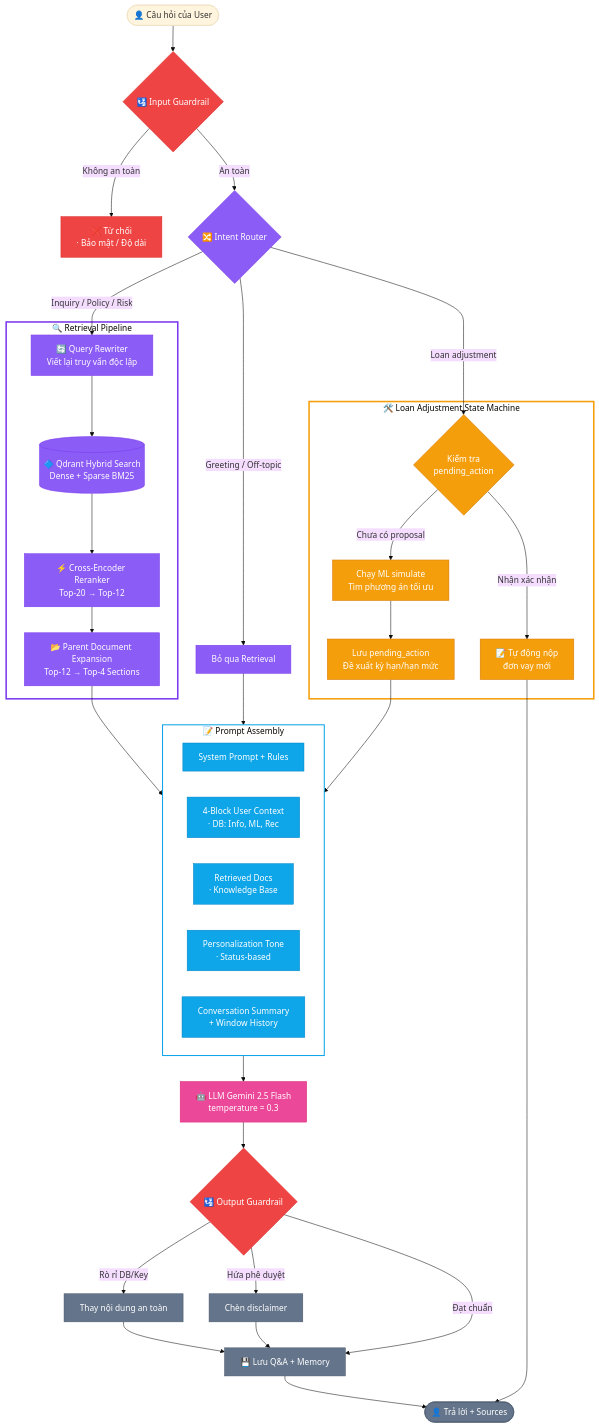
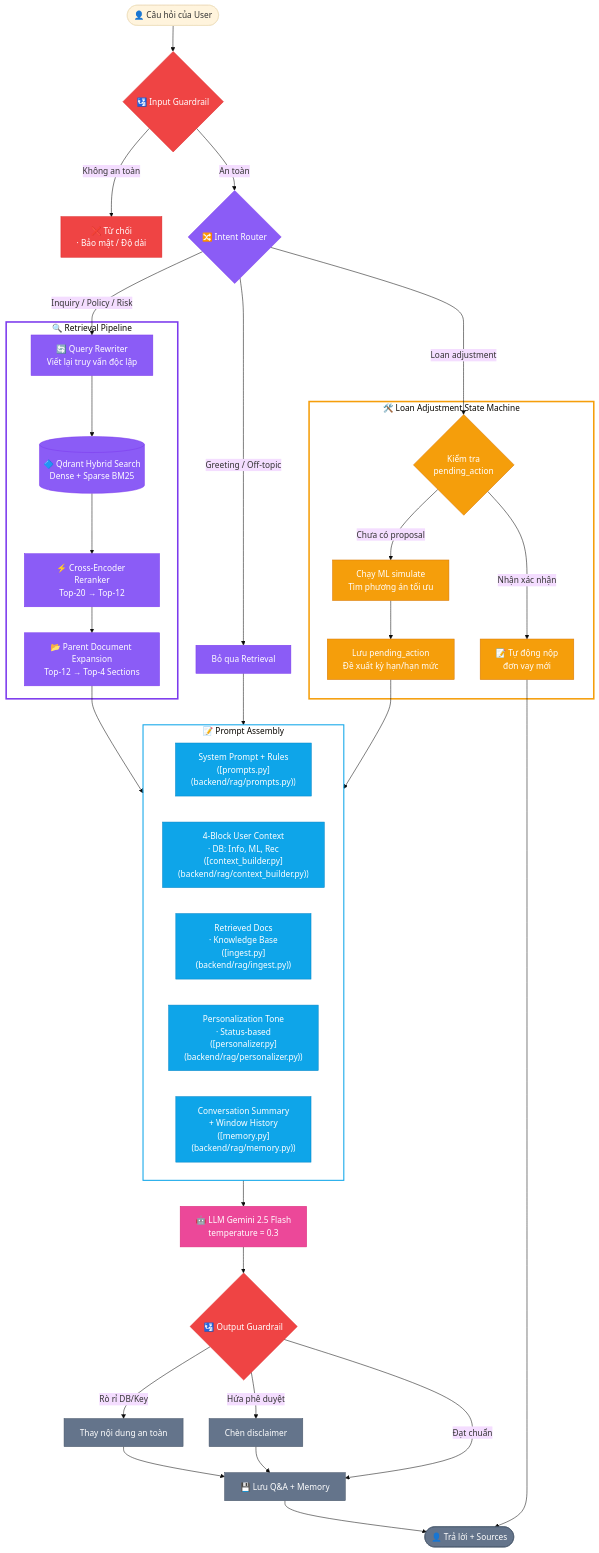
Before and after one commit to VTD0102/Loan_ETL: the second of 3 diagrams in README.md, drawn with Mermaid (base theme). The commit also changed 7 other files, not shown here.

````diff
--- a/README.md
+++ b/README.md
@@ -154,75 +154,75 @@
 ```mermaid
 flowchart TD
     UserMsg(["👤 Câu hỏi của User"]) --> InputGuard{"🛂 Input Guardrail"}
 
     InputGuard -->|Không an toàn| BlockedMsg["❌ Từ chối\n· Bảo mật / Độ dài"]
     InputGuard -->|An toàn| IntentRoute{"🔀 Intent Router"}
 
     subgraph RETRIEVAL["🔍 Retrieval Pipeline"]
         QueryRewrite["🔄 Query Rewriter\nViết lại truy vấn độc lập"]
         HybridSearch[("🔷 Qdrant Hybrid Search\nDense + Sparse BM25")]
         Rerank["⚡ Cross-Encoder Reranker\nTop-20 → Top-12"]
         ParentExpand["📂 Parent Document Expansion\nTop-12 → Top-4 Sections"]
 
         QueryRewrite --> HybridSearch --> Rerank --> ParentExpand
     end
 
     IntentRoute -->|Inquiry / Policy / Risk| QueryRewrite
     IntentRoute -->|Greeting / Off-topic| SkipRetrieval["Bỏ qua Retrieval"]
 
     subgraph LOAN_ADJ["🛠️ Loan Adjustment State Machine"]
         AdjCheck{"Kiểm tra\npending_action"}
         RunAdj["Chạy ML simulate\nTìm phương án tối ưu"]
         SetPending["Lưu pending_action\nĐề xuất kỳ hạn/hạn mức"]
         ProcessConfirm["📝 Tự động nộp\nđơn vay mới"]
 
         AdjCheck -->|Chưa có proposal| RunAdj --> SetPending
         AdjCheck -->|Nhận xác nhận| ProcessConfirm
     end
 
     IntentRoute -->|Loan adjustment| AdjCheck
 
     subgraph PROMPT["📝 Prompt Assembly"]
-        SysPrompt["System Prompt + Rules"]
-        UserCtx["4-Block User Context\n· DB: Info, ML, Rec"]
-        RetContext["Retrieved Docs\n· Knowledge Base"]
-        ToneCtx["Personalization Tone\n· Status-based"]
-        ConvMem["Conversation Summary\n+ Window History"]
+        SysPrompt["System Prompt + Rules\n([prompts.py](backend/rag/prompts.py))"]
+        UserCtx["4-Block User Context\n· DB: Info, ML, Rec\n([context_builder.py](backend/rag/context_builder.py))"]
+        RetContext["Retrieved Docs\n· Knowledge Base\n([ingest.py](backend/rag/ingest.py))"]
+        ToneCtx["Personalization Tone\n· Status-based\n([personalizer.py](backend/rag/personalizer.py))"]
+        ConvMem["Conversation Summary\n+ Window History\n([memory.py](backend/rag/memory.py))"]
     end
 
     ParentExpand --> PROMPT
     SkipRetrieval --> PROMPT
     SetPending --> PROMPT
 
     PROMPT --> LLMGen["🤖 LLM Gemini 2.5 Flash\ntemperature = 0.3"]
     LLMGen --> OutputGuard{"🛂 Output Guardrail"}
 
     OutputGuard -->|Rò rỉ DB/Key| Sanitize["Thay nội dung an toàn"]
     OutputGuard -->|Hứa phê duyệt| Disclaimer["Chèn disclaimer"]
     OutputGuard -->|Đạt chuẩn| SaveMsg["💾 Lưu Q&A + Memory"]
 
     Sanitize --> SaveMsg
     Disclaimer --> SaveMsg
     ProcessConfirm --> UserResponse
     SaveMsg --> UserResponse(["👤 Trả lời + Sources"])
 
     %% ===== Node colors =====
     classDef guard fill:#ef4444,stroke:#dc2626,color:#fff
     classDef retrieval fill:#8b5cf6,stroke:#7c3aed,color:#fff
     classDef prompt fill:#0ea5e9,stroke:#0284c7,color:#fff
     classDef llm fill:#ec4899,stroke:#db2777,color:#fff
     classDef adj fill:#f59e0b,stroke:#d97706,color:#fff
     classDef store fill:#64748b,stroke:#475569,color:#fff
 
     class InputGuard,OutputGuard,BlockedMsg guard
     class QueryRewrite,HybridSearch,Rerank,ParentExpand,SkipRetrieval,IntentRoute retrieval
     class SysPrompt,UserCtx,RetContext,ToneCtx,ConvMem prompt
     class LLMGen llm
     class AdjCheck,RunAdj,SetPending,ProcessConfirm adj
     class Sanitize,Disclaimer,SaveMsg,UserResponse store
 
     %% ===== Subgraph: viền rõ, nền trong suốt =====
     style RETRIEVAL fill:transparent,stroke:#7c3aed,stroke-width:3px
     style LOAN_ADJ fill:transparent,stroke:#f59e0b,stroke-width:3px
     style PROMPT fill:transparent,stroke:#0ea5e9,stroke-width:2px
 ```
````
